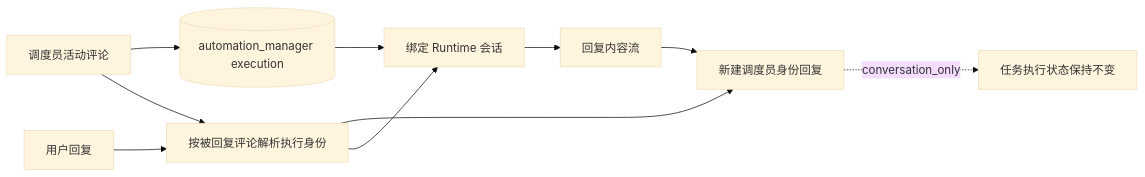
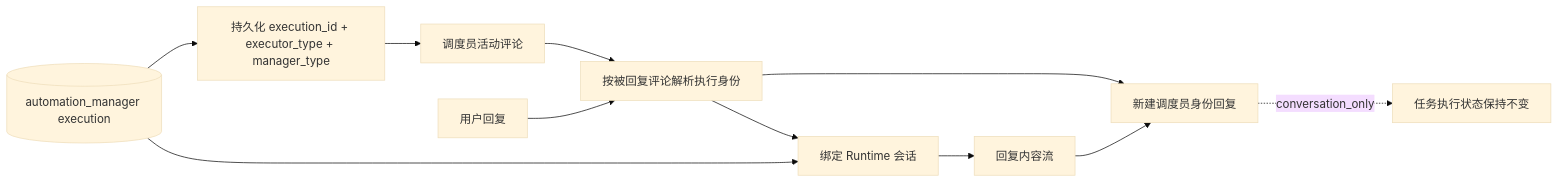
One commit to wecode-ai/Wegent changed the first of 2 diagrams in docs/zh/architecture/automation-manager-continuation.md. Above: the diagram before and after it, drawn with Mermaid (base theme). The commit also changed other lines of this file and 6 other files, not shown here.

Commit message:
fix(automation): persist manager activity execution identity

````diff
--- a/docs/zh/architecture/automation-manager-continuation.md
+++ b/docs/zh/architecture/automation-manager-continuation.md
@@ -7,12 +7,13 @@
 ```mermaid
 flowchart LR
-    ROOT[调度员活动评论] --> EXEC[(automation_manager execution)]
+    EXEC[(automation_manager execution)] --> BIND[持久化 execution_id + executor_type + manager_type]
+    BIND --> ROOT[调度员活动评论]
     EXEC --> SESSION[绑定 Runtime 会话]
     USER[用户回复] --> ROUTE[按被回复评论解析执行身份]
     ROOT --> ROUTE
     ROUTE --> REPLY[新建调度员身份回复]
     ROUTE --> SESSION
     SESSION --> STREAM[回复内容流]
     STREAM --> REPLY
     REPLY -. conversation_only .-> TASK[任务执行状态保持不变]
 ```
````
